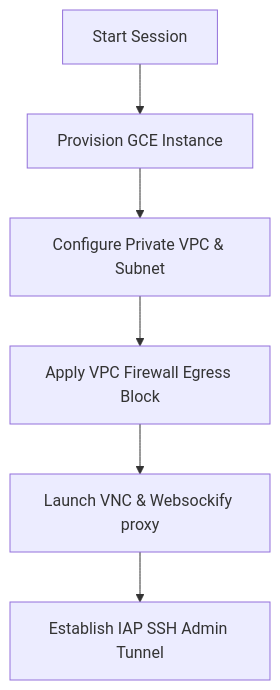
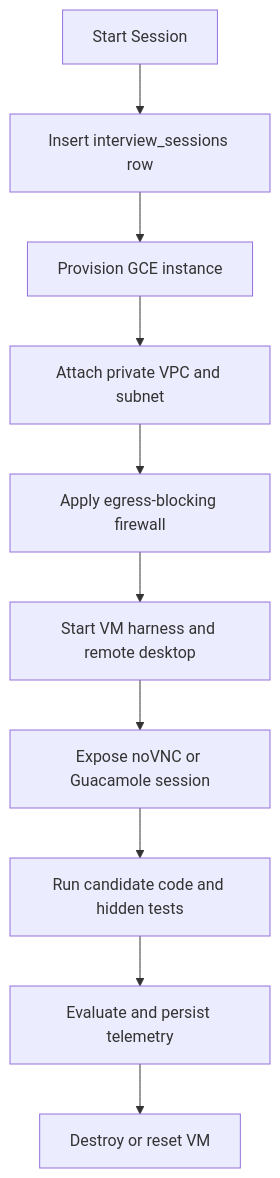
The diagram in skills/gcp-interfacing/SKILL.md (ranadeepsingh/gemini-hackathon), drawn with Mermaid before and after one commit. The commit also changed other lines of this file and 26 other files, not shown here.

````diff
--- a/skills/gcp-interfacing/SKILL.md
+++ b/skills/gcp-interfacing/SKILL.md
@@ -18,8 +95,12 @@
 ```mermaid
 graph TD
-    A[Start Session] --> B[Provision GCE Instance]
-    B --> C[Configure Private VPC & Subnet]
-    C --> D[Apply VPC Firewall Egress Block]
-    D --> E[Launch VNC & Websockify proxy]
-    E --> F[Establish IAP SSH Admin Tunnel]
+    A[Start Session] --> B[Insert interview_sessions row]
+    B --> C[Provision GCE instance]
+    C --> D[Attach private VPC and subnet]
+    D --> E[Apply egress-blocking firewall]
+    E --> F[Start VM harness and remote desktop]
+    F --> G[Expose noVNC or Guacamole session]
+    G --> H[Run candidate code and hidden tests]
+    H --> I[Evaluate and persist telemetry]
+    I --> J[Destroy or reset VM]
 ```
````
